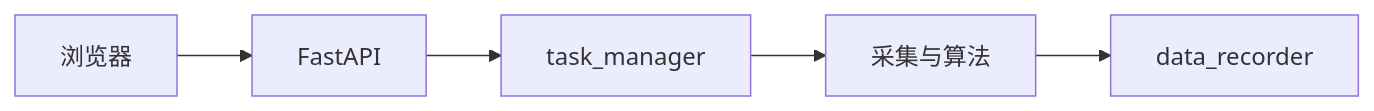
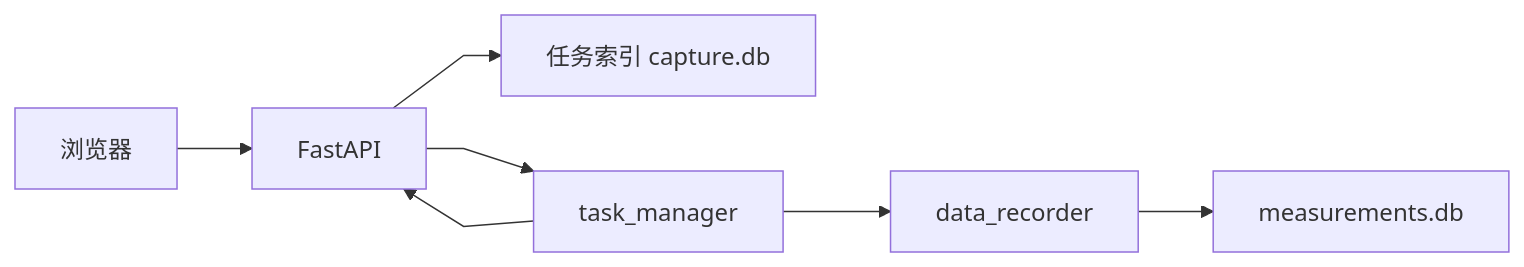
One commit to chuan126/capture_system changed the third of 3 diagrams in docs/architecture/#U6570#U636e#U6d41#U8bbe#U8ba1.md. Above: the diagram before and after it, drawn with Mermaid. The commit also changed other lines of this file and 168 other files, not shown here.

````diff
--- a/docs/architecture/#U6570#U636e#U6d41#U8bbe#U8ba1.md
+++ b/docs/architecture/#U6570#U636e#U6d41#U8bbe#U8ba1.md
@@ -73,10 +87,13 @@
 ```mermaid
 %%{init: {"flowchart": {"curve": "linear"}}}%%
 flowchart LR
     UI["浏览器"]
     API["FastAPI"]
+    INDEX["任务索引 capture.db"]
     TASK["task_manager"]
-    CORE["采集与算法"]
     RECORD["data_recorder"]
-    UI --> API --> TASK --> CORE --> RECORD
+    FILE["measurements.db"]
+    UI --> API --> INDEX
+    API --> TASK --> RECORD --> FILE
+    TASK --> API
 ```
````
